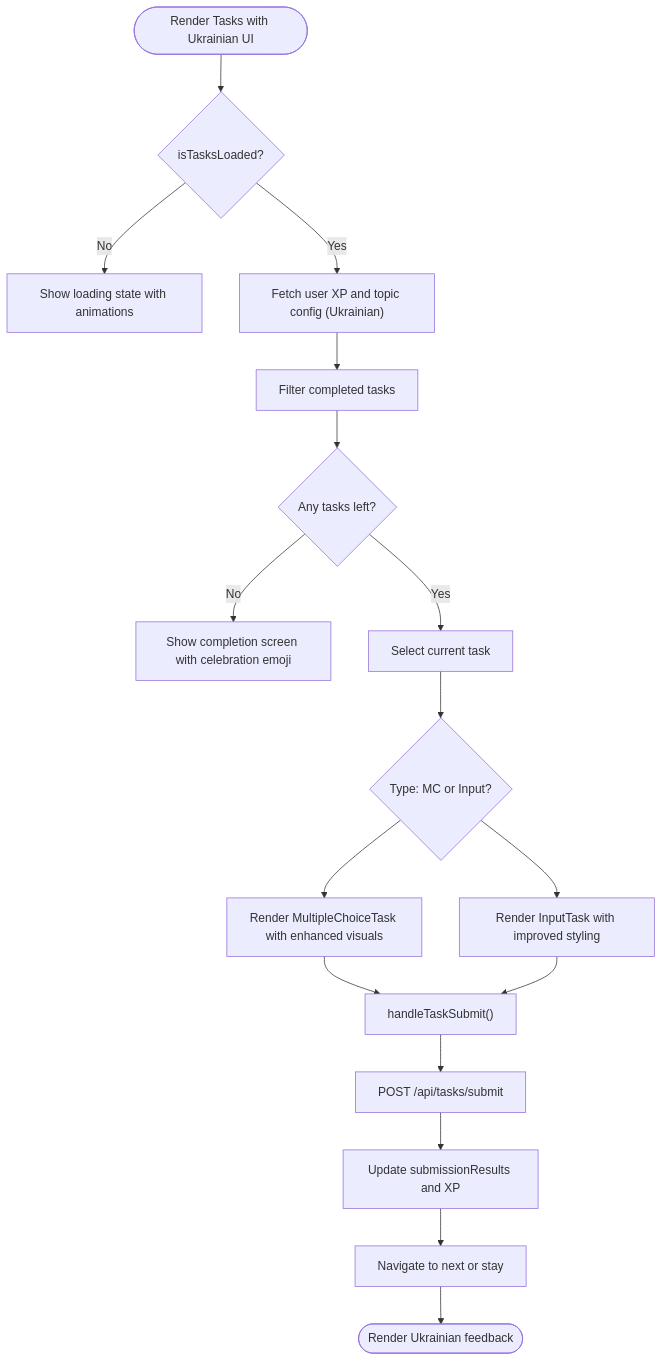
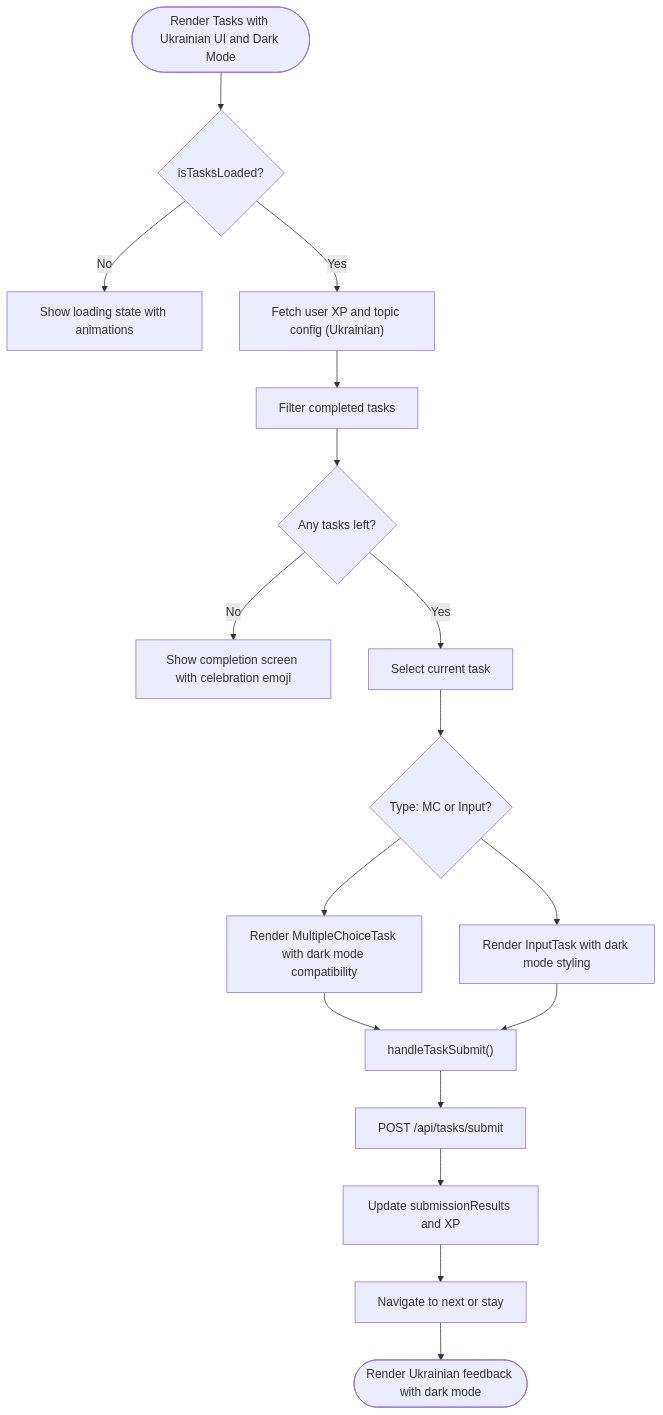
One commit to AlexKutz/math-app-next-js changed the third of 12 diagrams in .qoder/repowiki/en/content/Core Features/Learning Interface/Learning Interface.md. Above: the diagram before and after it, drawn with Mermaid. The commit also changed other lines of this file and 125 other files, not shown here.

````diff
--- a/.qoder/repowiki/en/content/Core Features/Learning Interface/Learning Interface.md
+++ b/.qoder/repowiki/en/content/Core Features/Learning Interface/Learning Interface.md
@@ -219,19 +273,19 @@
 ```mermaid
 flowchart TD
-Start(["Render Tasks with Ukrainian UI"]) --> CheckLoaded{"isTasksLoaded?"}
+Start(["Render Tasks with Ukrainian UI and Dark Mode"]) --> CheckLoaded{"isTasksLoaded?"}
 CheckLoaded --> |No| Loading["Show loading state with animations"]
 CheckLoaded --> |Yes| FetchXP["Fetch user XP and topic config (Ukrainian)"]
 FetchXP --> Filter["Filter completed tasks"]
 Filter --> HasTasks{"Any tasks left?"}
 HasTasks --> |No| Completion["Show completion screen with celebration emoji"]
 HasTasks --> |Yes| Select["Select current task"]
 Select --> RenderComp{"Type: MC or Input?"}
-RenderComp --> MC["Render MultipleChoiceTask with enhanced visuals"]
-RenderComp --> INP["Render InputTask with improved styling"]
+RenderComp --> MC["Render MultipleChoiceTask with dark mode compatibility"]
+RenderComp --> INP["Render InputTask with dark mode styling"]
 MC --> Submit["handleTaskSubmit()"]
 INP --> Submit
 Submit --> PostAPI["POST /api/tasks/submit"]
 PostAPI --> Update["Update submissionResults and XP"]
 Update --> Nav["Navigate to next or stay"]
-Nav --> End(["Render Ukrainian feedback"])
+Nav --> End(["Render Ukrainian feedback with dark mode"])
 ```
````
